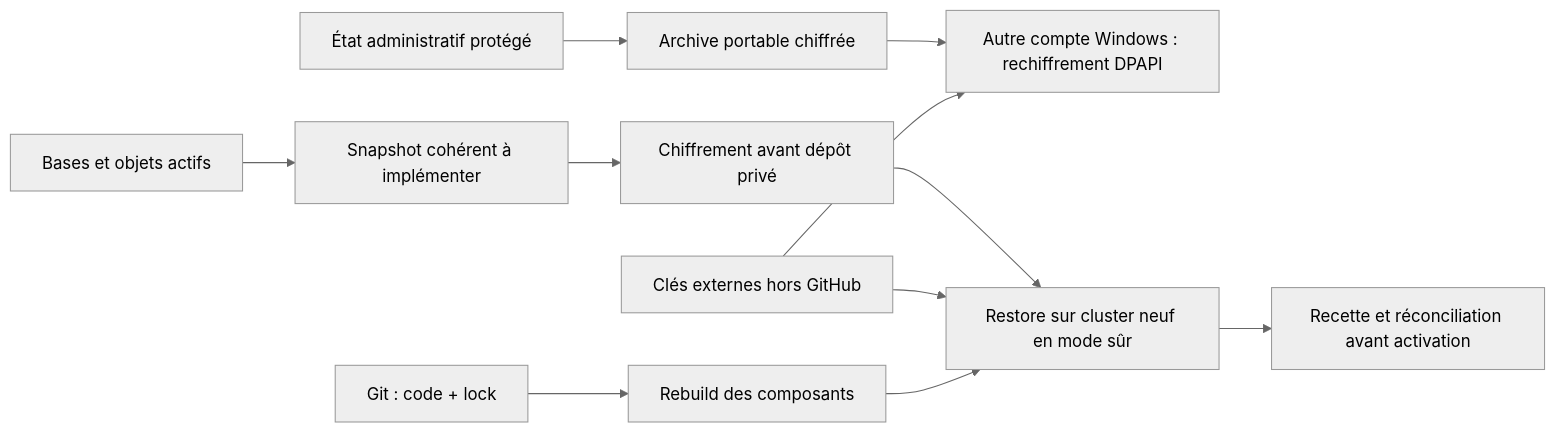
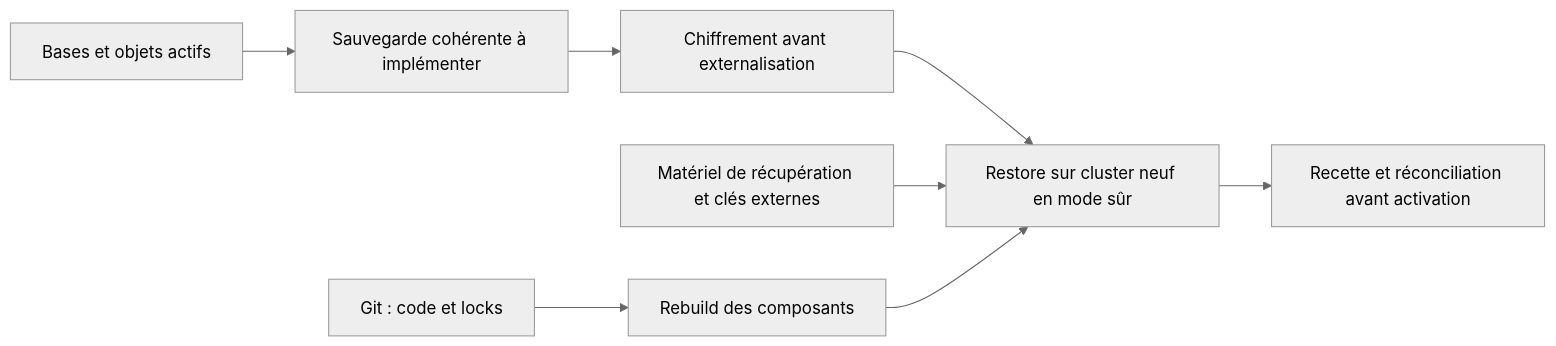
One commit to nicolastheuil/ArcIA changed the diagram in docs/runbooks/sauvegarde-reconstruction.md. Above: the diagram before and after it, drawn with Mermaid (neutral theme). The commit also changed other lines of this file and 66 other files, not shown here.

````diff
--- a/docs/runbooks/sauvegarde-reconstruction.md
+++ b/docs/runbooks/sauvegarde-reconstruction.md
@@ -19,13 +15,10 @@
 ```mermaid
 flowchart LR
-  G["Git : code + lock"] --> B["Rebuild des composants"]
-  P["État administratif protégé"] --> E["Archive portable chiffrée"]
-  E --> W["Autre compte Windows : rechiffrement DPAPI"]
-  D["Bases et objets actifs"] --> S["Snapshot cohérent à implémenter"]
-  S --> C["Chiffrement avant dépôt privé"]
-  C --> R["Restore sur cluster neuf en mode sûr"]
-  K["Clés externes hors GitHub"] --> W
-  K --> R
+  G[Git : code et locks] --> B[Rebuild des composants]
+  D[Bases et objets actifs] --> S[Sauvegarde cohérente à implémenter]
+  S --> C[Chiffrement avant externalisation]
+  C --> R[Restore sur cluster neuf en mode sûr]
+  K[Matériel de récupération et clés externes] --> R
   B --> R
-  R --> V["Recette et réconciliation avant activation"]
+  R --> V[Recette et réconciliation avant activation]
 ```
````
